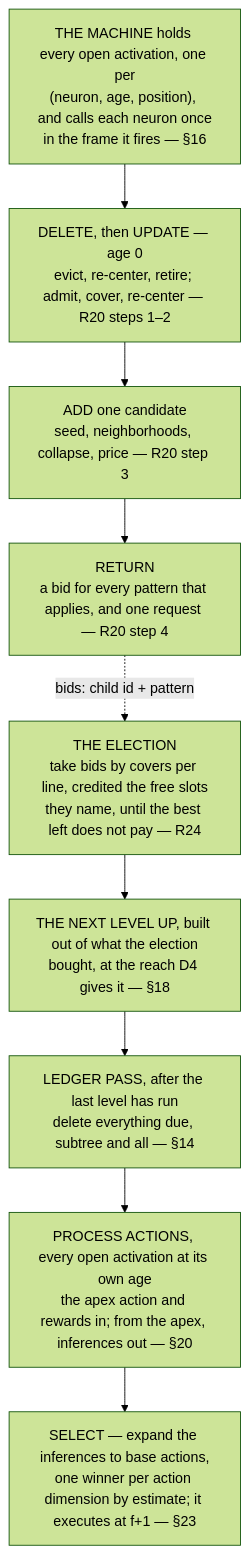
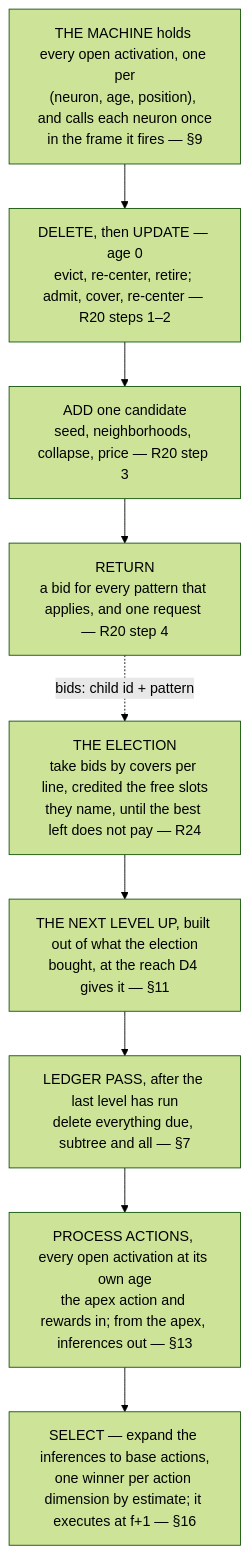
Before and after one commit to cucar/robot_brain: the diagram in docs/algorithm-remarks.md, drawn with Mermaid (forest theme). The commit also changed other lines of this file and 5 other files, not shown here.

Commit message:
reorganize into four parts: structure, neuron, machine, future; shared concepts in §4, the neuron in §5; sections renumbered

````diff
--- a/docs/algorithm-remarks.md
+++ b/docs/algorithm-remarks.md
@@ -978,12 +982,12 @@
 ```mermaid
 flowchart TD
-    A["THE MACHINE holds every open activation, one per<br/>(neuron, age, position), and calls each neuron once<br/>in the frame it fires — §16"]
+    A["THE MACHINE holds every open activation, one per<br/>(neuron, age, position), and calls each neuron once<br/>in the frame it fires — §9"]
     A --> B["DELETE, then UPDATE — age 0<br/>evict, re-center, retire; admit, cover, re-center — R20 steps 1–2"]
     B --> M["ADD one candidate<br/>seed, neighborhoods, collapse, price — R20 step 3"]
     M --> P["RETURN<br/>a bid for every pattern that applies, and one request — R20 step 4"]
     P -.->|"bids: child id + pattern"| X["THE ELECTION<br/>take bids by covers per line, credited the free slots<br/>they name, until the best left does not pay — R24"]
-    X --> O["THE NEXT LEVEL UP, built out of what the election<br/>bought, at the reach D4 gives it — §18"]
-    O --> Z["LEDGER PASS, after the last level has run<br/>delete everything due, subtree and all — §14"]
-    Z --> W["PROCESS ACTIONS, every open activation at its own age<br/>the apex action and rewards in; from the apex, inferences out — §20"]
-    W --> S["SELECT — expand the inferences to base actions,<br/>one winner per action dimension by estimate; it executes at f+1 — §23"]
+    X --> O["THE NEXT LEVEL UP, built out of what the election<br/>bought, at the reach D4 gives it — §11"]
+    O --> Z["LEDGER PASS, after the last level has run<br/>delete everything due, subtree and all — §7"]
+    Z --> W["PROCESS ACTIONS, every open activation at its own age<br/>the apex action and rewards in; from the apex, inferences out — §13"]
+    W --> S["SELECT — expand the inferences to base actions,<br/>one winner per action dimension by estimate; it executes at f+1 — §16"]
 ```
````
